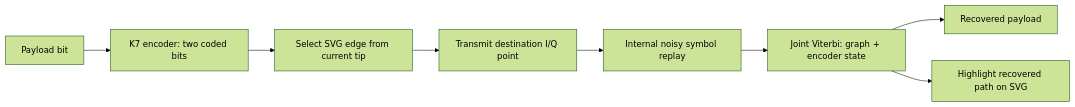
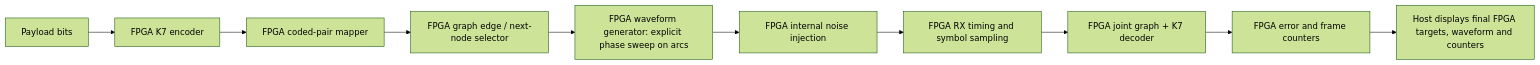
The diagram in esp32_agilex3_iq/docs/SVG_EDGE_FEC_PLAN.md (AEW2015/altera_examples), drawn with Mermaid (forest theme) before and after one commit. The commit also changed other lines of this file and 37 other files, not shown here.

Commit message:
Add hardware-verified SVG graph modem and constellation viewer

````diff
--- a/esp32_agilex3_iq/docs/SVG_EDGE_FEC_PLAN.md
+++ b/esp32_agilex3_iq/docs/SVG_EDGE_FEC_PLAN.md
@@ -46,10 +100,12 @@
 ```mermaid
 flowchart LR
-    B[Payload bit] --> K[K7 encoder: two coded bits]
-    K --> E[Select SVG edge from current tip]
-    E --> T[Transmit destination I/Q point]
-    T --> N[Internal noisy symbol replay]
-    N --> V[Joint Viterbi: graph + encoder state]
-    V --> P[Recovered payload]
-    V --> G[Highlight recovered path on SVG]
+    B[Payload bits] --> K[FPGA K7 encoder]
+    K --> M[FPGA coded-pair mapper]
+    M --> E[FPGA graph edge / next-node selector]
+    E --> W[FPGA waveform generator: explicit phase sweep on arcs]
+    W --> N[FPGA internal noise injection]
+    N --> R[FPGA RX timing and symbol sampling]
+    R --> D[FPGA joint graph + K7 decoder]
+    D --> C[FPGA error and frame counters]
+    C --> H[Host displays final FPGA targets, waveform and counters]
 ```
````
